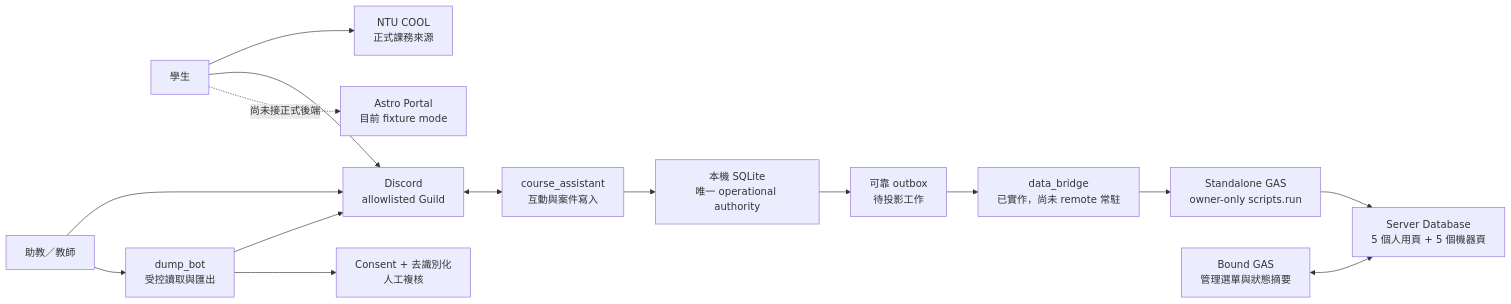
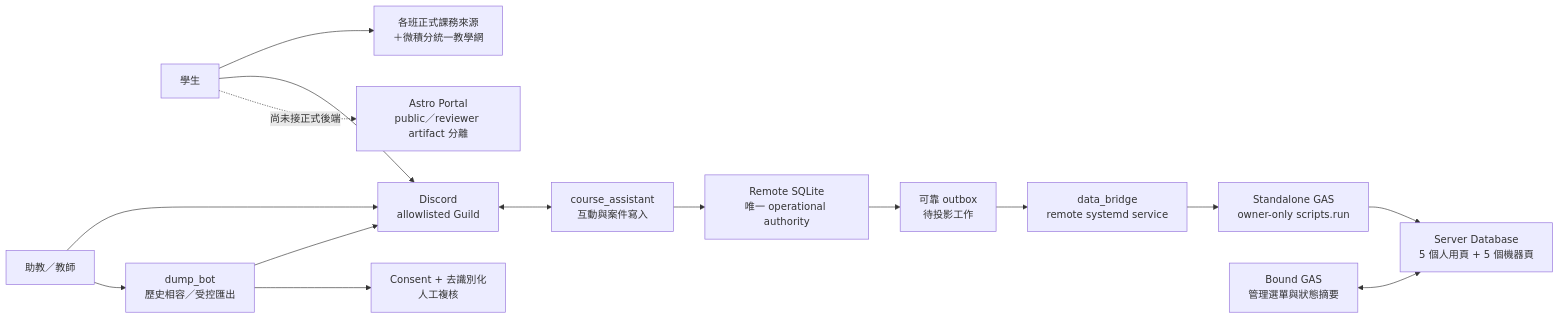
The diagram in docs/architecture/OVERVIEW.md (A-Cup-of-Chamomile-Tea-Latte/discord-calculus-teaching-platform), drawn with Mermaid before and after one commit. The commit also changed other lines of this file and 36 other files, not shown here.

````diff
--- a/docs/architecture/OVERVIEW.md
+++ b/docs/architecture/OVERVIEW.md
@@ -9,32 +9,32 @@
 ```mermaid
 flowchart LR
   student["學生"]
   staff["助教／教師"]
-  cool["NTU COOL<br/>正式課務來源"]
+  course["各班正式課務來源<br/>＋微積分統一教學網"]
   discord["Discord<br/>allowlisted Guild"]
   writer["course_assistant<br/>互動與案件寫入"]
-  reader["dump_bot<br/>受控讀取與匯出"]
-  sqlite["本機 SQLite<br/>唯一 operational authority"]
+  reader["dump_bot<br/>歷史相容／受控匯出"]
+  sqlite["Remote SQLite<br/>唯一 operational authority"]
   outbox["可靠 outbox<br/>待投影工作"]
-  bridge["data_bridge<br/>已實作，尚未 remote 常駐"]
+  bridge["data_bridge<br/>remote systemd service"]
   gas["Standalone GAS<br/>owner-only scripts.run"]
   sheet["Server Database<br/>5 個人用頁 + 5 個機器頁"]
   bound["Bound GAS<br/>管理選單與狀態摘要"]
-  portal["Astro Portal<br/>目前 fixture mode"]
+  portal["Astro Portal<br/>public／reviewer artifact 分離"]
   clean["Consent + 去識別化<br/>人工複核"]
 
-  student --> cool
+  student --> course
   student --> discord
   staff --> discord
   discord <--> writer
   writer --> sqlite
   staff --> reader
   reader --> discord
   reader --> clean
   sqlite --> outbox
   outbox --> bridge
   bridge --> gas
   gas --> sheet
   bound <--> sheet
   student -. 尚未接正式後端 .-> portal
 ```
````
